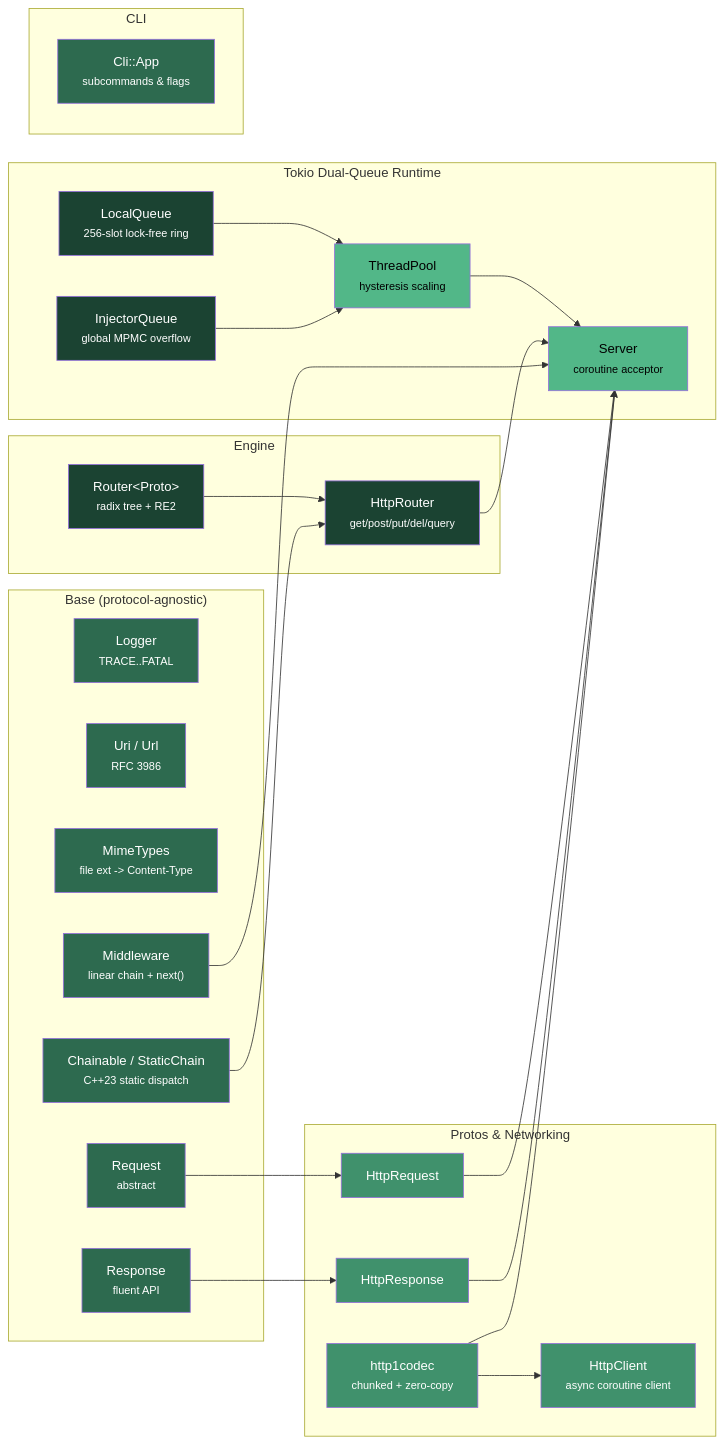
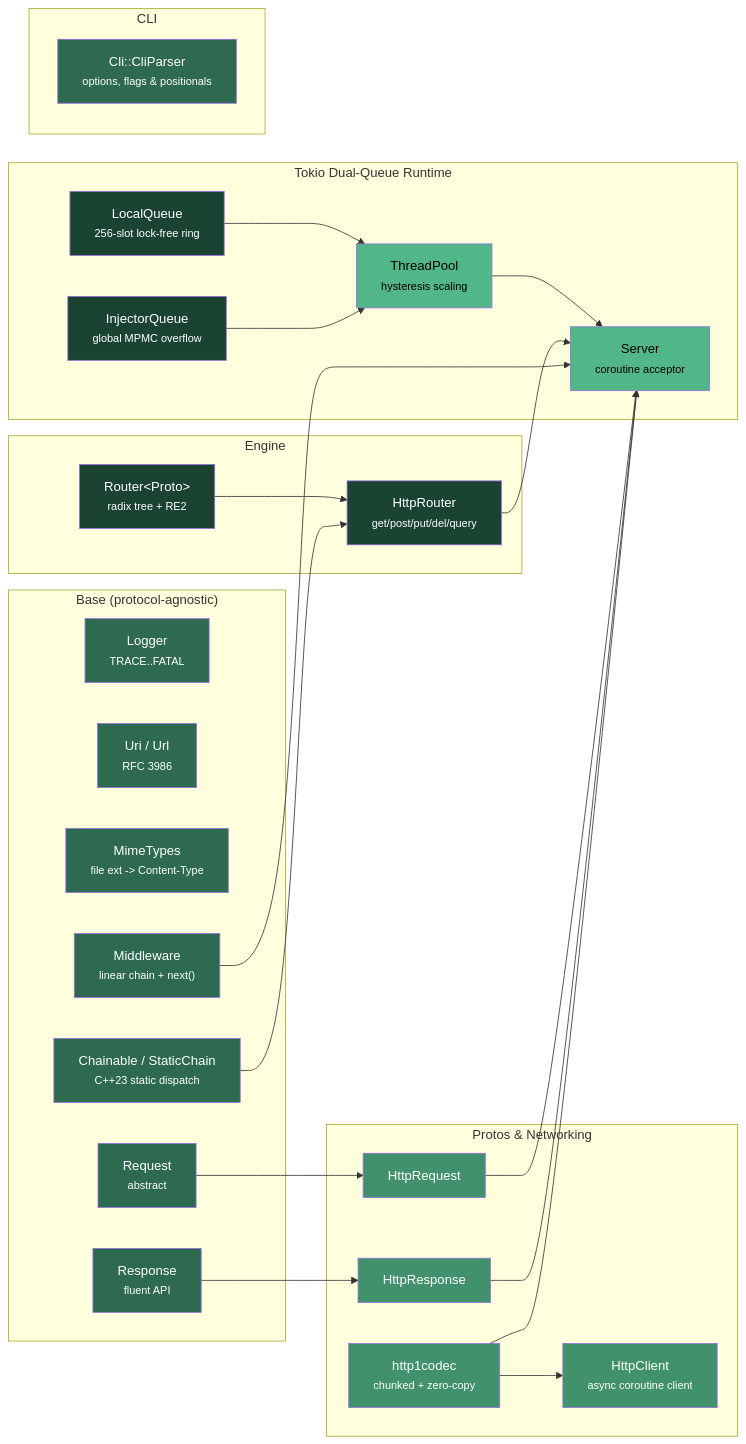
One commit to Jyotipm05/Nexus changed the diagram in README.md. Above: the diagram before and after it, drawn with Mermaid. The commit also changed other lines of this file and 7 other files, not shown here.

````diff
--- a/README.md
+++ b/README.md
@@ -232,68 +278,68 @@
 ```mermaid
 graph LR
     subgraph "Base (protocol-agnostic)"
         Logger["Logger<br/><small>TRACE..FATAL</small>"]
         Uri["Uri / Url<br/><small>RFC 3986</small>"]
         Mime["MimeTypes<br/><small>file ext -> Content-Type</small>"]
         Chainable["Chainable / StaticChain<br/><small>C++23 static dispatch</small>"]
         Req["Request<br/><small>abstract</small>"]
         Res["Response<br/><small>fluent API</small>"]
         MW["Middleware<br/><small>linear chain + next()</small>"]
     end
 
     subgraph "Engine"
         Router["Router&lt;Proto&gt;<br/><small>radix tree + RE2</small>"]
         HttpRouter["HttpRouter<br/><small>get/post/put/del/query</small>"]
         Router --> HttpRouter
     end
 
     subgraph "Tokio Dual-Queue Runtime"
         LocalQ["LocalQueue<br/><small>256-slot lock-free ring</small>"]
         InjQ["InjectorQueue<br/><small>global MPMC overflow</small>"]
         Pool["ThreadPool<br/><small>hysteresis scaling</small>"]
         Server["Server<br/><small>coroutine acceptor</small>"]
         LocalQ --> Pool
         InjQ --> Pool
         Pool --> Server
     end
 
     subgraph "Protos & Networking"
         Codec["http1codec<br/><small>chunked + zero-copy</small>"]
         HReq["HttpRequest"]
         HRes["HttpResponse"]
         Client["HttpClient<br/><small>async coroutine client</small>"]
         HReq --> Server
         HRes --> Server
     end
 
     subgraph "CLI"
-        CLIApp["Cli::App<br/><small>subcommands & flags</small>"]
+        CLIApp["Cli::CliParser<br/><small>options, flags & positionals</small>"]
     end
 
     Req --> HReq
     Res --> HRes
     Chainable --> HttpRouter
     HttpRouter --> Server
     MW --> Server
     Codec --> Server
     Codec --> Client
 
     style Logger fill:#2d6a4f,color:#fff
     style Uri fill:#2d6a4f,color:#fff
     style Mime fill:#2d6a4f,color:#fff
     style Chainable fill:#2d6a4f,color:#fff
     style Req fill:#2d6a4f,color:#fff
     style Res fill:#2d6a4f,color:#fff
     style MW fill:#2d6a4f,color:#fff
     style Router fill:#1b4332,color:#fff
     style HttpRouter fill:#1b4332,color:#fff
     style Codec fill:#40916c,color:#fff
     style HReq fill:#40916c,color:#fff
     style HRes fill:#40916c,color:#fff
     style Client fill:#40916c,color:#fff
     style CLIApp fill:#2d6a4f,color:#fff
     style Server fill:#52b788,color:#000
     style LocalQ fill:#1b4332,color:#fff
     style InjQ fill:#1b4332,color:#fff
     style Pool fill:#52b788,color:#000
 ```
````
